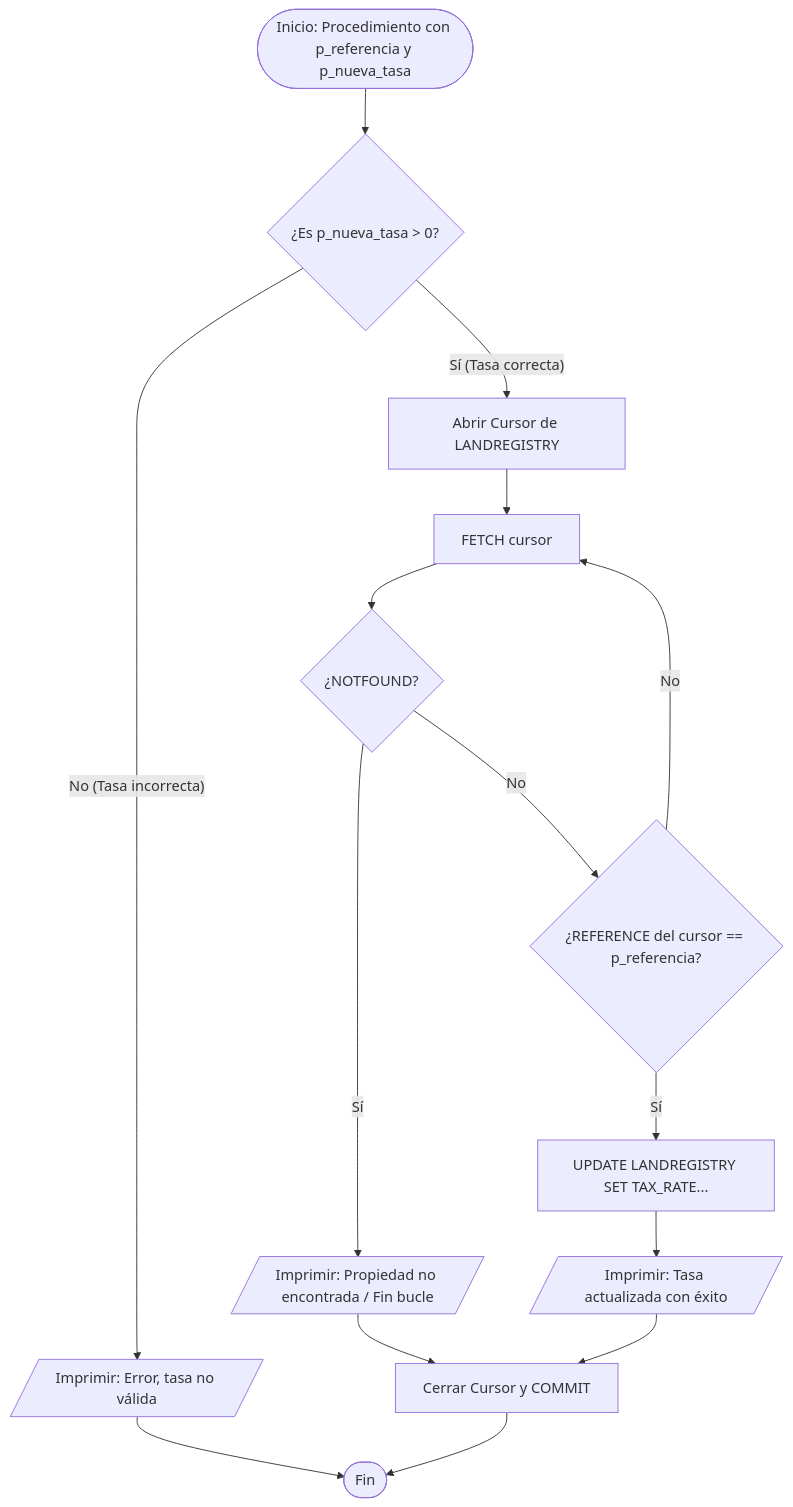
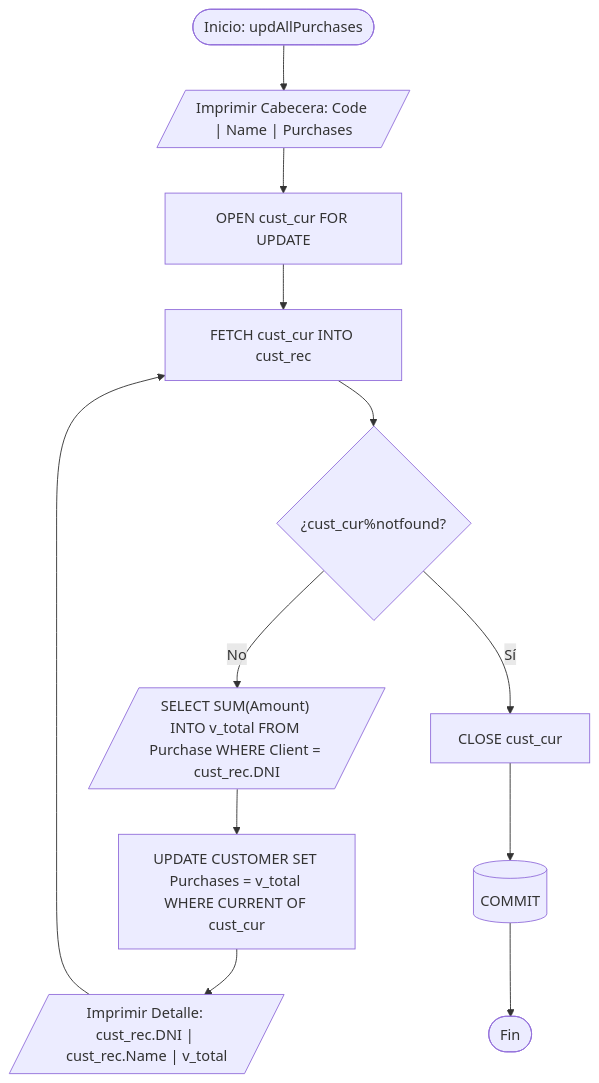
The diagram in _Obs-DAM/Cosas Random.md (Zafiro2004/DAM-Primer-Curso), drawn with Mermaid before and after one commit. The commit also changed 1 other file, not shown here.

Commit message:
Ejercicio 5

````diff
--- a/_Obs-DAM/Cosas Random.md
+++ b/_Obs-DAM/Cosas Random.md
@@ -1,21 +1,16 @@
 ```mermaid
 flowchart TD
-    A([Inicio: Procedimiento con p_referencia y p_nueva_tasa]) --> B{¿Es p_nueva_tasa > 0?}
-    B -- No (Tasa incorrecta) --> C[/Imprimir: Error, tasa no válida/]
-    C --> K([Fin])
+    A([Inicio: updAllPurchases]) --> B[/"Imprimir Cabecera: Code | Name | Purchases"/]
+    B --> C[OPEN cust_cur FOR UPDATE]
+    C --> D[FETCH cust_cur INTO cust_rec]
+    D --> E{¿cust_cur%notfound?}
     
-    B -- Sí (Tasa correcta) --> D[Abrir Cursor de LANDREGISTRY]
-    D --> E[FETCH cursor]
-    E --> F{¿NOTFOUND?}
-    F -- Sí --> G[/Imprimir: Propiedad no encontrada / Fin bucle/]
-    G --> J[Cerrar Cursor y COMMIT]
+    E -- No --> F[/"SELECT SUM(Amount) INTO v_total FROM Purchase WHERE Client = cust_rec.DNI"/]
+    F --> G[UPDATE CUSTOMER SET Purchases = v_total WHERE CURRENT OF cust_cur]
+    G --> H[/"Imprimir Detalle: cust_rec.DNI | cust_rec.Name | v_total"/]
+    H --> D
     
-    F -- No --> H{¿REFERENCE del cursor == p_referencia?}
-    H -- Sí --> I[UPDATE LANDREGISTRY SET TAX_RATE...]
-    I --> I2[/Imprimir: Tasa actualizada con éxito/]
-    I2 --> J
-    
-    H -- No --> E
-    
-    J --> K
+    E -- Sí --> I[CLOSE cust_cur]
+    I --> J[(COMMIT)]
+    J --> K([Fin])
 ```
````
